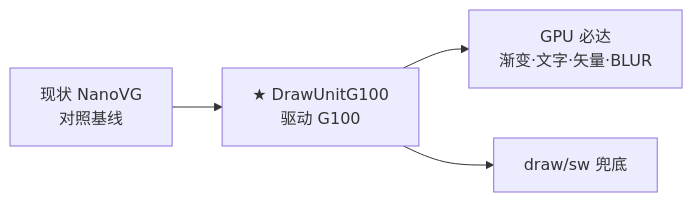
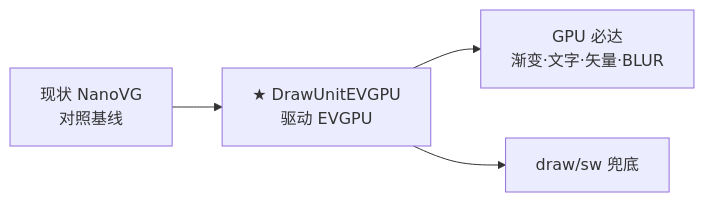
Before and after one commit to ganzhong007/lv_port_linux: the third of 6 diagrams in docs/gles2_gpu_porting_plan.md, drawn with Mermaid. The commit also changed other lines of this file and 13 other files, not shown here.

````diff
--- a/docs/gles2_gpu_porting_plan.md
+++ b/docs/gles2_gpu_porting_plan.md
@@ -130,6 +130,6 @@
 ```mermaid
 flowchart LR
-    BASE["现状 NanoVG<br/>对照基线"] --> TARGET["★ DrawUnitG100<br/>驱动 G100"]
+    BASE["现状 NanoVG<br/>对照基线"] --> TARGET["★ DrawUnitEVGPU<br/>驱动 EVGPU"]
     TARGET --> MUST["GPU 必达<br/>渐变·文字·矢量·BLUR"]
     TARGET --> SW["draw/sw 兜底"]
 ```
````
